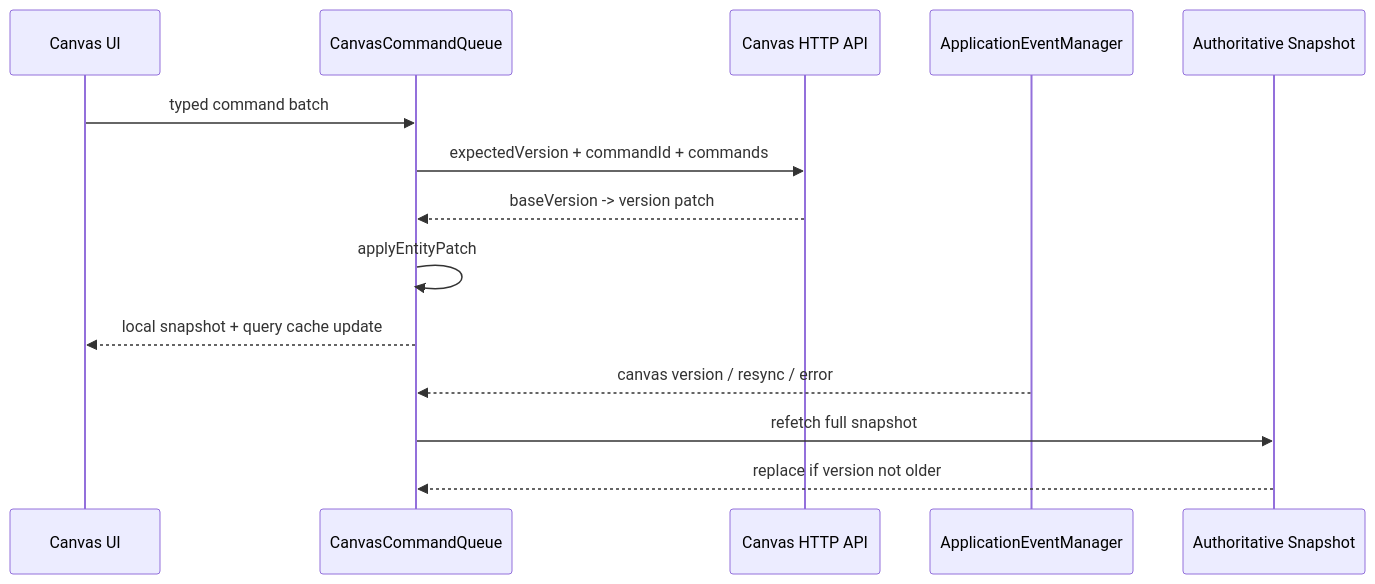
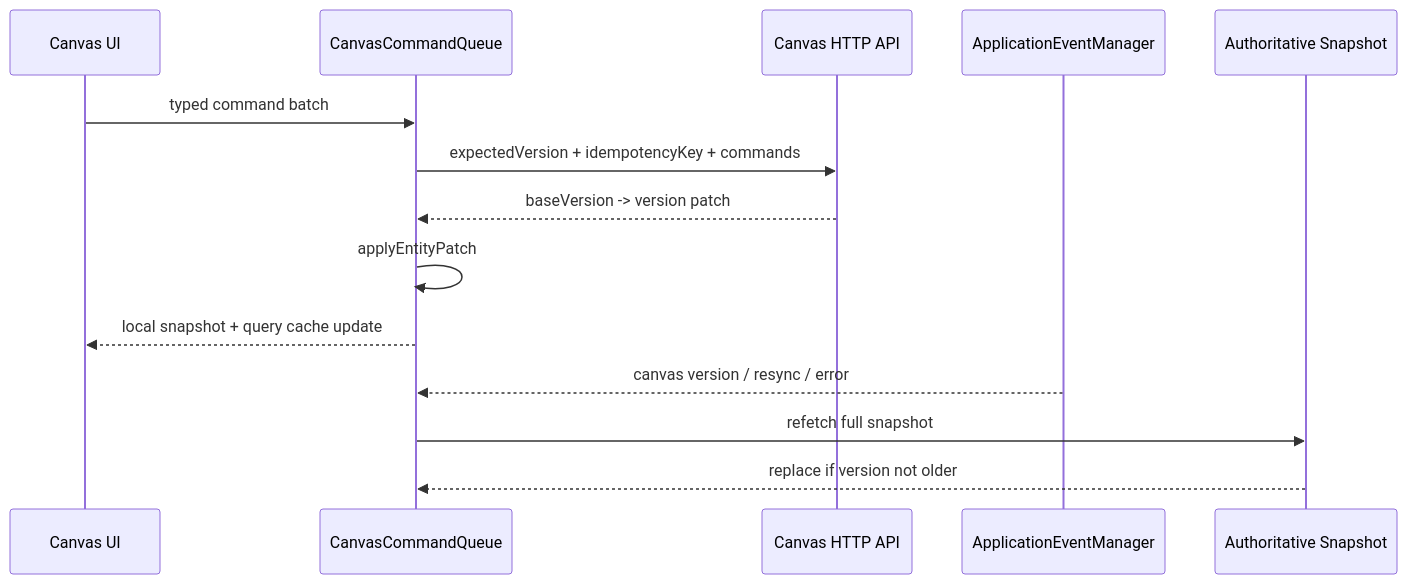
One commit to fengwk/kk-studio changed the fourth of 5 diagrams in docs/modules/frontend.md. Above: the diagram before and after it, drawn with Mermaid. The commit also changed other lines of this file and 177 other files, not shown here.

````diff
--- a/docs/modules/frontend.md
+++ b/docs/modules/frontend.md
@@ -395,17 +396,17 @@
 ```mermaid
 sequenceDiagram
   participant U as Canvas UI
   participant Q as CanvasCommandQueue
   participant H as Canvas HTTP API
   participant R as ApplicationEventManager
   participant S as Authoritative Snapshot
 
   U->>Q: typed command batch
-  Q->>H: expectedVersion + commandId + commands
+  Q->>H: expectedVersion + idempotencyKey + commands
   H-->>Q: baseVersion -> version patch
   Q->>Q: applyEntityPatch
   Q-->>U: local snapshot + query cache update
   R-->>Q: canvas version / resync / error
   Q->>S: refetch full snapshot
   S-->>Q: replace if version not older
 ```
````
